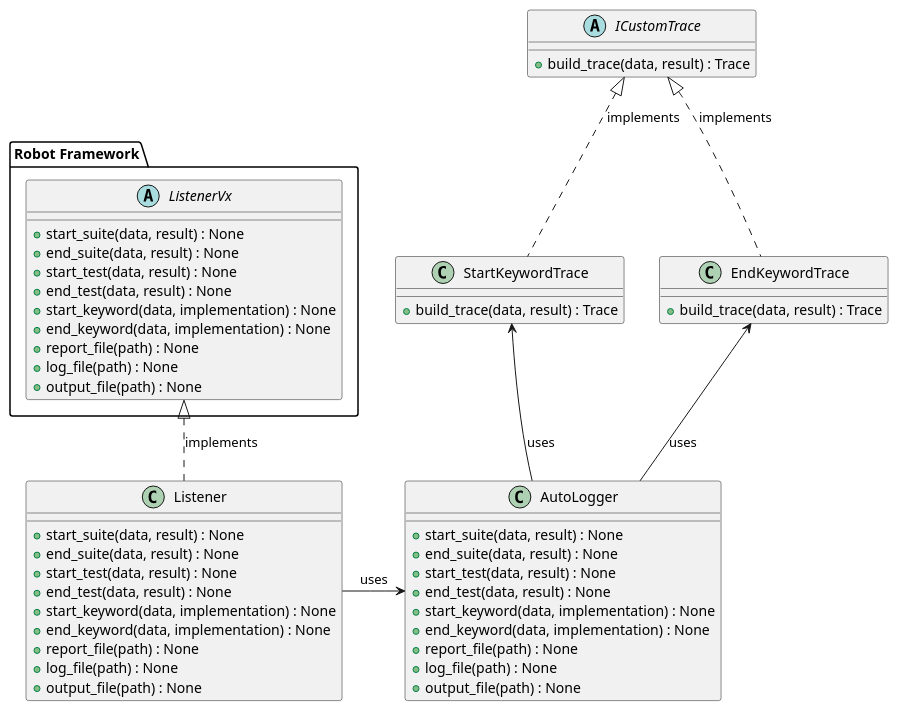
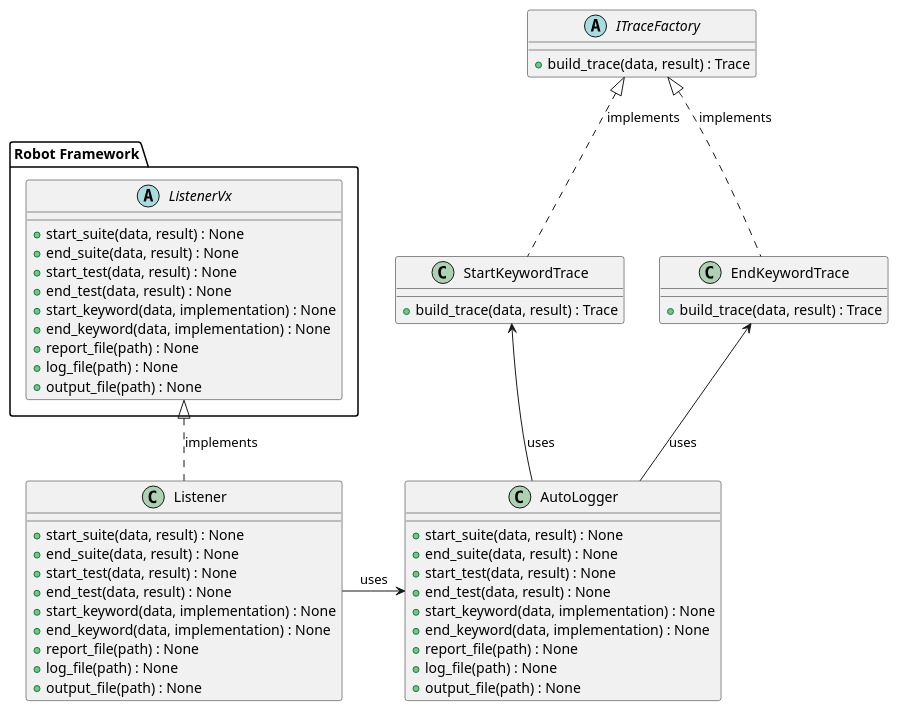
Before and after one commit to eduvfalc/robot-autologger: the diagram in docs/class_diagram.puml, drawn with PlantUML. The commit also changed 11 other files, not shown here.

```diff
--- a/docs/class_diagram.puml
+++ b/docs/class_diagram.puml
@@ -1,60 +1,60 @@
 @startuml Robot Autologger Class Diagram
 
 package "Robot Framework" {
     abstract ListenerVx {
         + start_suite(data, result) : None
         + end_suite(data, result) : None
         + start_test(data, result) : None
         + end_test(data, result) : None
         + start_keyword(data, implementation) : None
         + end_keyword(data, implementation) : None
         + report_file(path) : None
         + log_file(path) : None
         + output_file(path) : None
     }
 }
 
 class Listener {
     + start_suite(data, result) : None
     + end_suite(data, result) : None
     + start_test(data, result) : None
     + end_test(data, result) : None
     + start_keyword(data, implementation) : None
     + end_keyword(data, implementation) : None
     + report_file(path) : None
     + log_file(path) : None
     + output_file(path) : None
 }
 
 class AutoLogger {
     + start_suite(data, result) : None
     + end_suite(data, result) : None
     + start_test(data, result) : None
     + end_test(data, result) : None
     + start_keyword(data, implementation) : None
     + end_keyword(data, implementation) : None
     + report_file(path) : None
     + log_file(path) : None
     + output_file(path) : None
 }
 
-abstract ICustomTrace {
+abstract ITraceFactory {
     + build_trace(data, result) : Trace
 }
 
 class StartKeywordTrace {
     + build_trace(data, result) : Trace
 }
 
 class EndKeywordTrace {
     + build_trace(data, result) : Trace
 }
 
 Listener .u.|> ListenerVx : implements
 Listener -r-> AutoLogger : uses
-StartKeywordTrace .u.|> ICustomTrace : implements
-EndKeywordTrace .u.|> ICustomTrace : implements
+StartKeywordTrace .u.|> ITraceFactory : implements
+EndKeywordTrace .u.|> ITraceFactory : implements
 AutoLogger -u-> StartKeywordTrace : uses
 AutoLogger -u-> EndKeywordTrace : uses
 
 @enduml
```
